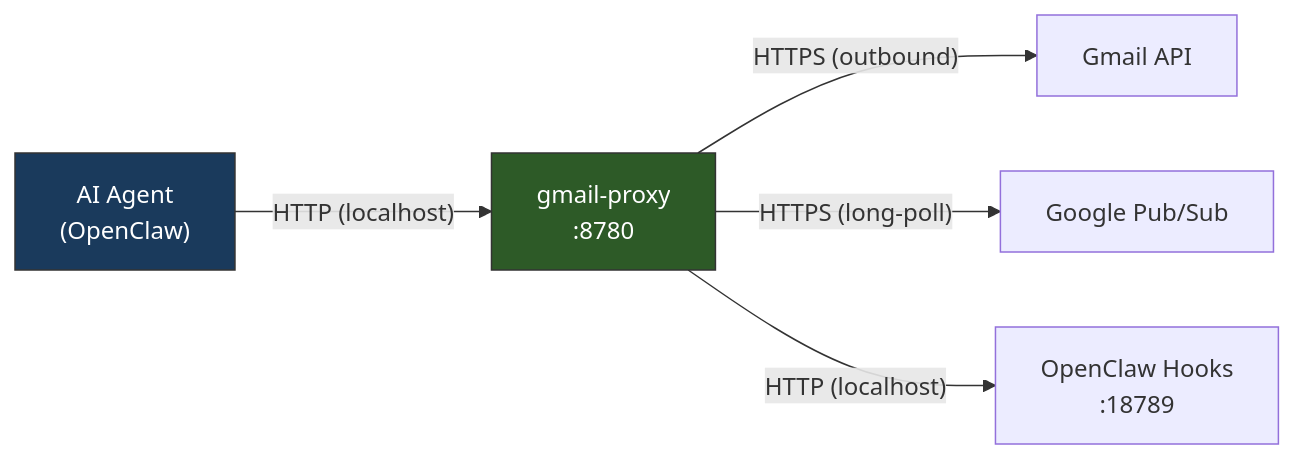
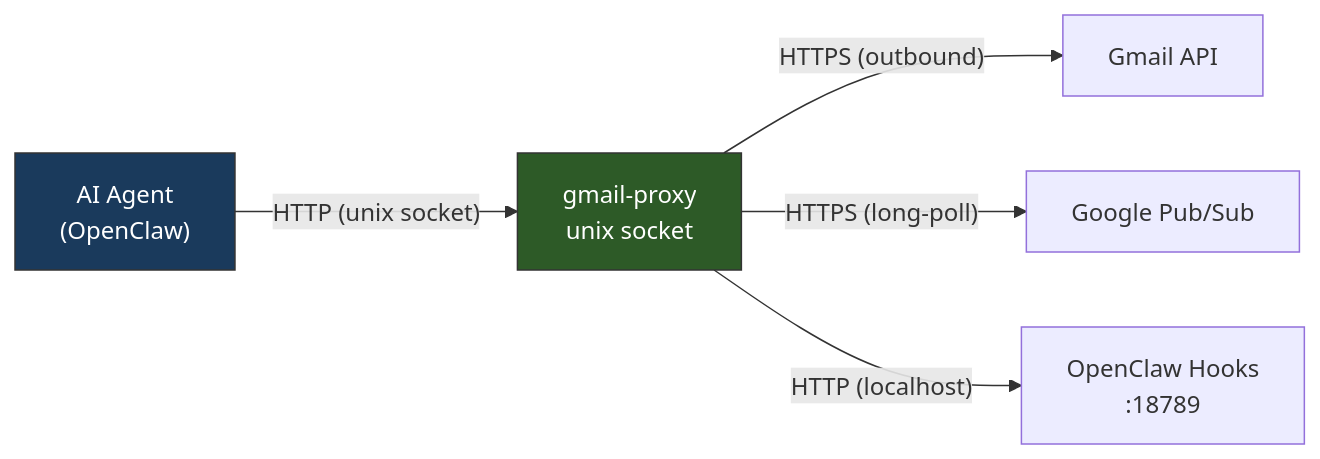
One commit to ketbra/openclaw-gmail-proxy changed the first of 2 diagrams in README.md. Above: the diagram before and after it, drawn with Mermaid. The commit also changed other lines of this file and 1 other file, not shown here.

Commit message:
docs: update README and SKILL.md for Unix socket and system-only install

````diff
--- a/README.md
+++ b/README.md
@@ -13,16 +13,16 @@
 ```mermaid
 graph LR
     Agent["AI Agent<br/>(OpenClaw)"]
-    Proxy["gmail-proxy<br/>:8780"]
+    Proxy["gmail-proxy<br/>unix socket"]
     Gmail["Gmail API"]
     PubSub["Google Pub/Sub"]
     Hook["OpenClaw Hooks<br/>:18789"]
 
-    Agent -- "HTTP (localhost)" --> Proxy
+    Agent -- "HTTP (unix socket)" --> Proxy
     Proxy -- "HTTPS (outbound)" --> Gmail
     Proxy -- "HTTPS (long-poll)" --> PubSub
     Proxy -- "HTTP (localhost)" --> Hook
 
     style Proxy fill:#2d5a27,stroke:#333,color:#fff
     style Agent fill:#1a3a5c,stroke:#333,color:#fff
 ```
````
